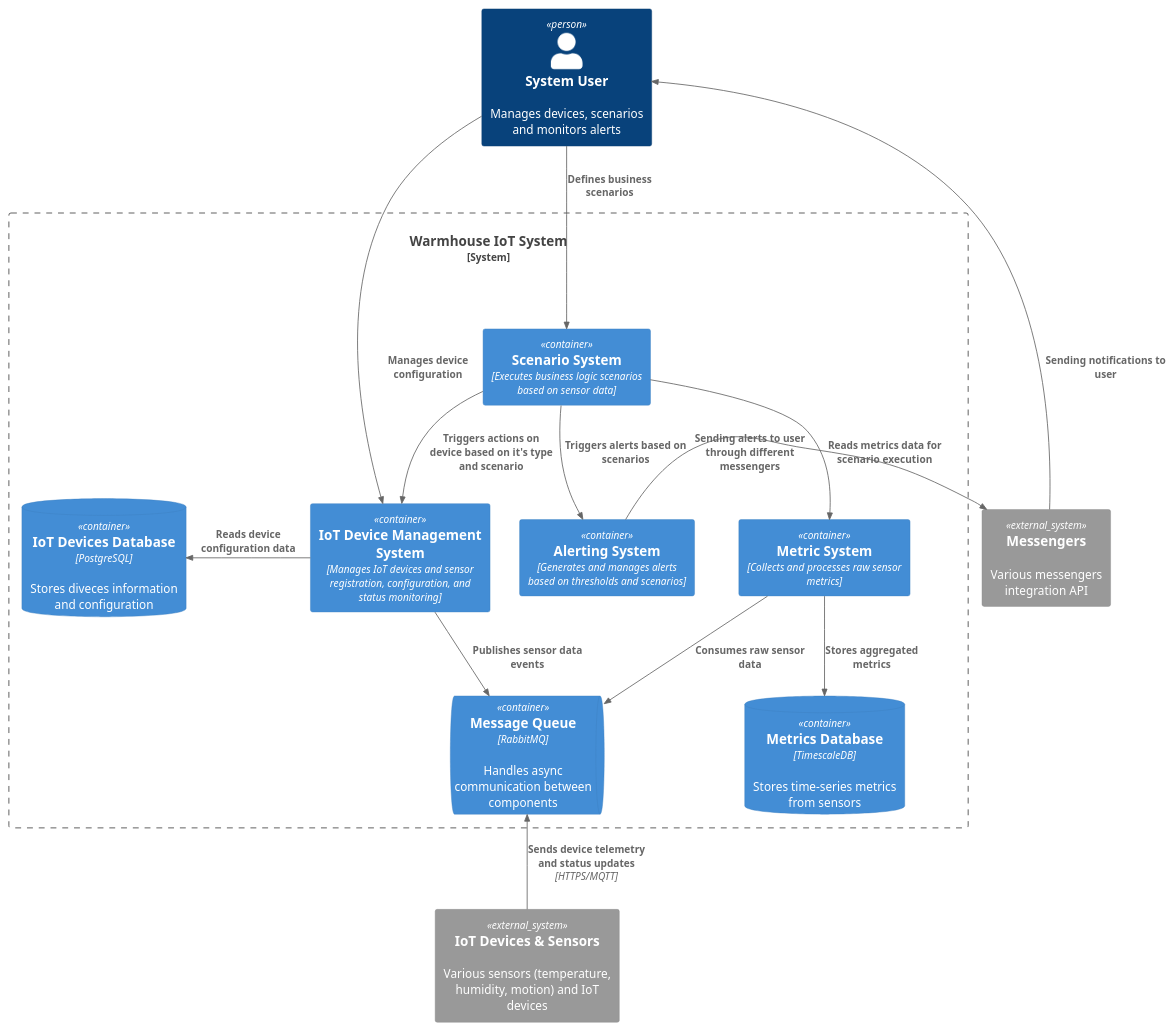
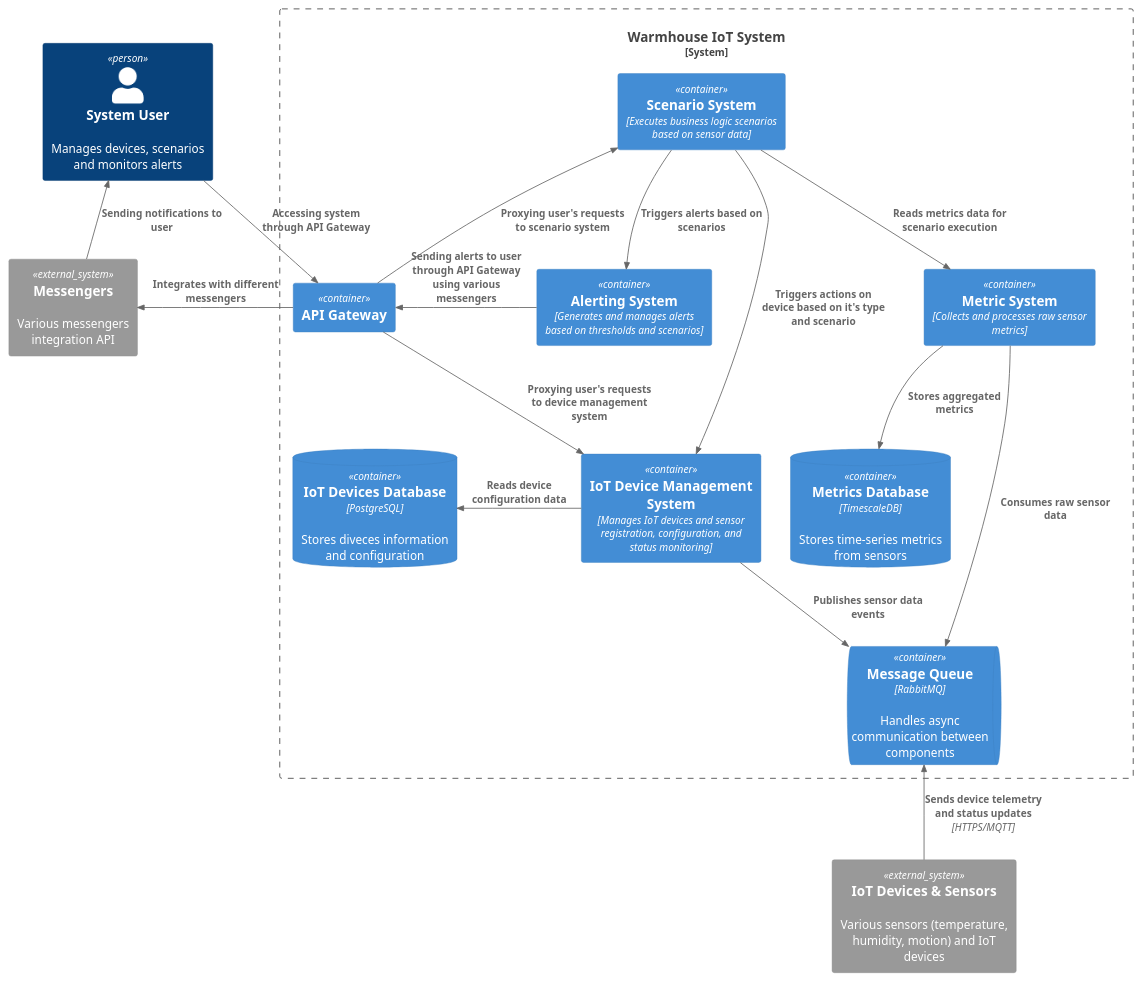
The diagram in schemas/task2/smart_home_c4_container.puml (iceglen/warmhouse), drawn with PlantUML before and after one commit. The commit also changed 3 other files, not shown here.

```diff
--- a/schemas/task2/smart_home_c4_container.puml
+++ b/schemas/task2/smart_home_c4_container.puml
@@ -1,33 +1,36 @@
 @startuml Warmhouse IoT System Container Diagram
 !include <C4/C4_Container>
 
 Person(admin, "System User", "Manages devices, scenarios and monitors alerts")
 
 System_Boundary(warmhouse, "Warmhouse IoT System") {
     Container(device_mgmt, "IoT Device Management System", "Manages IoT devices and sensor registration, configuration, and status monitoring")
+    Container(api_gateway, "API Gateway")
     Container(metric_system, "Metric System", "Collects and processes raw sensor metrics")
     Container(scenario_system, "Scenario System", "Executes business logic scenarios based on sensor data")
     Container(alerting_system, "Alerting System", "Generates and manages alerts based on thresholds and scenarios")
     ContainerDb(metrics_db, "Metrics Database", "TimescaleDB", "Stores time-series metrics from sensors")
     ContainerDb(device_db, "IoT Devices Database", "PostgreSQL", "Stores diveces information and configuration")
     ContainerQueue(message_queue, "Message Queue", "RabbitMQ", "Handles async communication between components")
 }
 
 System_Ext(iot_devices, "IoT Devices & Sensors", "Various sensors (temperature, humidity, motion) and IoT devices")
 System_Ext(messenger, "Messengers", "Various messengers integration API")
 
 Rel_U(iot_devices, message_queue, "Sends device telemetry and status updates", "HTTPS/MQTT")
 Rel(device_mgmt, message_queue, "Publishes sensor data events")
 Rel(metric_system, message_queue, "Consumes raw sensor data")
 Rel(metric_system, metrics_db, "Stores aggregated metrics")
 Rel(scenario_system, metric_system, "Reads metrics data for scenario execution")
 Rel(scenario_system, alerting_system, "Triggers alerts based on scenarios")
 Rel(scenario_system, device_mgmt, "Triggers actions on device based on it's type and scenario")
-Rel(admin, device_mgmt, "Manages device configuration")
-Rel(admin, scenario_system, "Defines business scenarios")
+Rel(admin, api_gateway, "Accessing system through API Gateway")
+Rel(api_gateway, device_mgmt, "Proxying user's requests to device management system")
+Rel(api_gateway, scenario_system, "Proxying user's requests to scenario system")
 
 Rel_L(device_mgmt, device_db, "Reads device configuration data")
-Rel_R(alerting_system, messenger, "Sending alerts to user through different messengers")
+Rel_R(alerting_system, api_gateway, "Sending alerts to user through API Gateway using various messengers")
+Rel_R(api_gateway, messenger, "Integrates with different messengers")
 Rel_U(messenger, admin, "Sending notifications to user")
 
 @enduml
```
